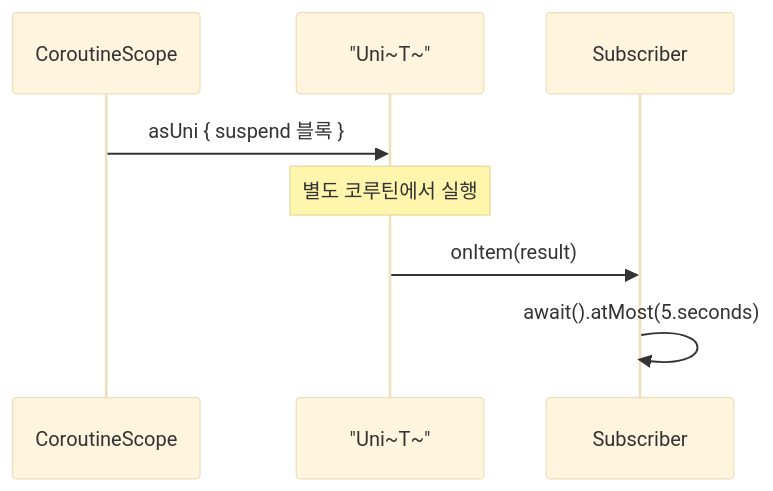
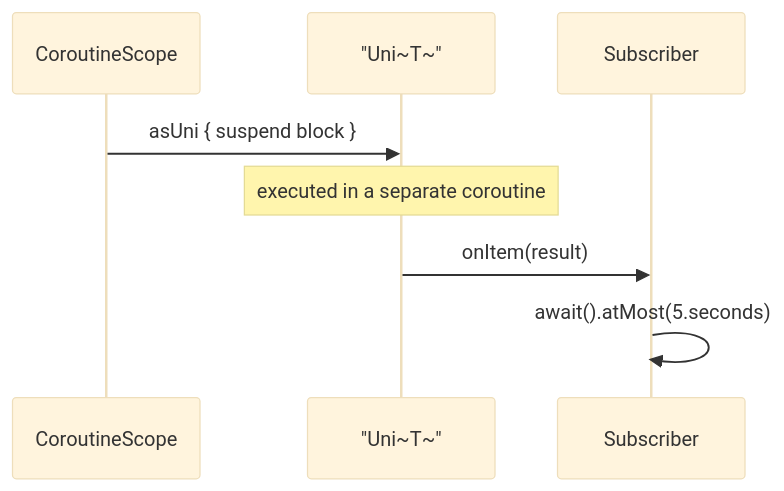
Before and after one commit to bluetape4k/bluetape4k-projects: the third of 3 diagrams in utils/mutiny/README.md, drawn with Mermaid (base theme). The commit also changed other lines of this file and 265 other files, not shown here.

````diff
--- a/utils/mutiny/README.md
+++ b/utils/mutiny/README.md
@@ -331,11 +333,11 @@
 ```mermaid
 sequenceDiagram
     participant CS as CoroutineScope
     participant UNI as "Uni~T~"
     participant SUB as Subscriber
 
-    CS->>UNI: asUni { suspend 블록 }
-    Note over UNI: 별도 코루틴에서 실행
+    CS->>UNI: asUni { suspend block }
+    Note over UNI: executed in a separate coroutine
     UNI->>SUB: onItem(result)
     SUB->>SUB: await().atMost(5.seconds)
 ```
````
